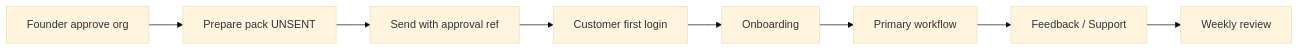
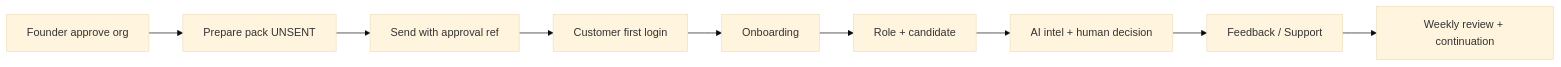
The diagram in docs/FIRST_CUSTOMER_TROUBLESHOOTING.md (CzechowskiT/twin), drawn with Mermaid (base theme) before and after one commit. The commit also changed other lines of this file and 12 other files, not shown here.

````diff
--- a/docs/FIRST_CUSTOMER_TROUBLESHOOTING.md
+++ b/docs/FIRST_CUSTOMER_TROUBLESHOOTING.md
@@ -32,10 +41,11 @@
 ```mermaid
 flowchart LR
   F[Founder approve org] --> P[Prepare pack UNSENT]
   P --> S[Send with approval ref]
   S --> C[Customer first login]
   C --> O[Onboarding]
-  O --> W[Primary workflow]
-  W --> FB[Feedback / Support]
-  FB --> R[Weekly review]
+  O --> R[Role + candidate]
+  R --> AI[AI intel + human decision]
+  AI --> FB[Feedback / Support]
+  FB --> W[Weekly review + continuation]
 ```
````
